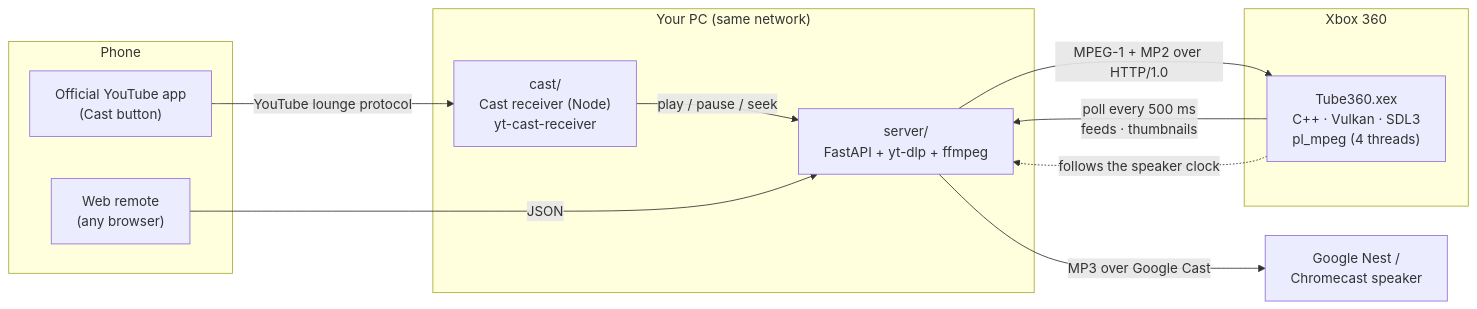
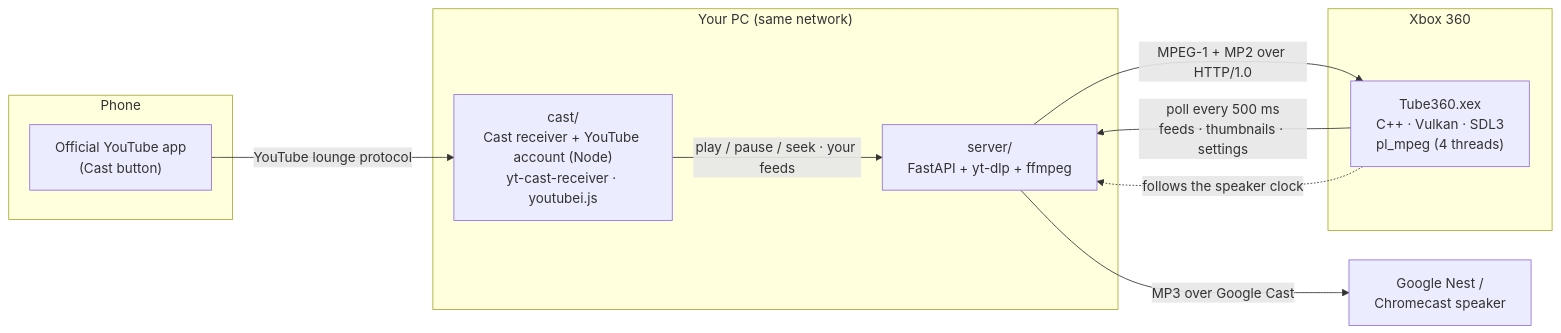
One commit to PedroHenrique0713/tube360 changed the diagram in README.md. Above: the diagram before and after it, drawn with Mermaid. The commit also changed other lines of this file and 13 other files, not shown here.

First line of the commit message:
README: account, settings, sleep timer, English screenshots

````diff
--- a/README.md
+++ b/README.md
@@ -54,23 +56,21 @@
 ```mermaid
 flowchart LR
     subgraph Phone
         YT["Official YouTube app<br/>(Cast button)"]
-        WEB["Web remote<br/>(any browser)"]
     end
     subgraph PC["Your PC (same network)"]
-        CAST["cast/<br/>Cast receiver (Node)<br/>yt-cast-receiver"]
+        CAST["cast/<br/>Cast receiver + YouTube account (Node)<br/>yt-cast-receiver · youtubei.js"]
         SRV["server/<br/>FastAPI + yt-dlp + ffmpeg"]
     end
     subgraph X360["Xbox 360"]
         APP["Tube360.xex<br/>C++ · Vulkan · SDL3<br/>pl_mpeg (4 threads)"]
     end
     NEST["Google Nest /<br/>Chromecast speaker"]
 
     YT -- "YouTube lounge protocol" --> CAST
-    CAST -- "play / pause / seek" --> SRV
-    WEB -- "JSON" --> SRV
-    APP -- "poll every 500 ms<br/>feeds · thumbnails" --> SRV
+    CAST -- "play / pause / seek · your feeds" --> SRV
+    APP -- "poll every 500 ms<br/>feeds · thumbnails · settings" --> SRV
     SRV -- "MPEG-1 + MP2 over HTTP/1.0" --> APP
     SRV -- "MP3 over Google Cast" --> NEST
     APP -. "follows the speaker clock" .-> SRV
 ```
````
